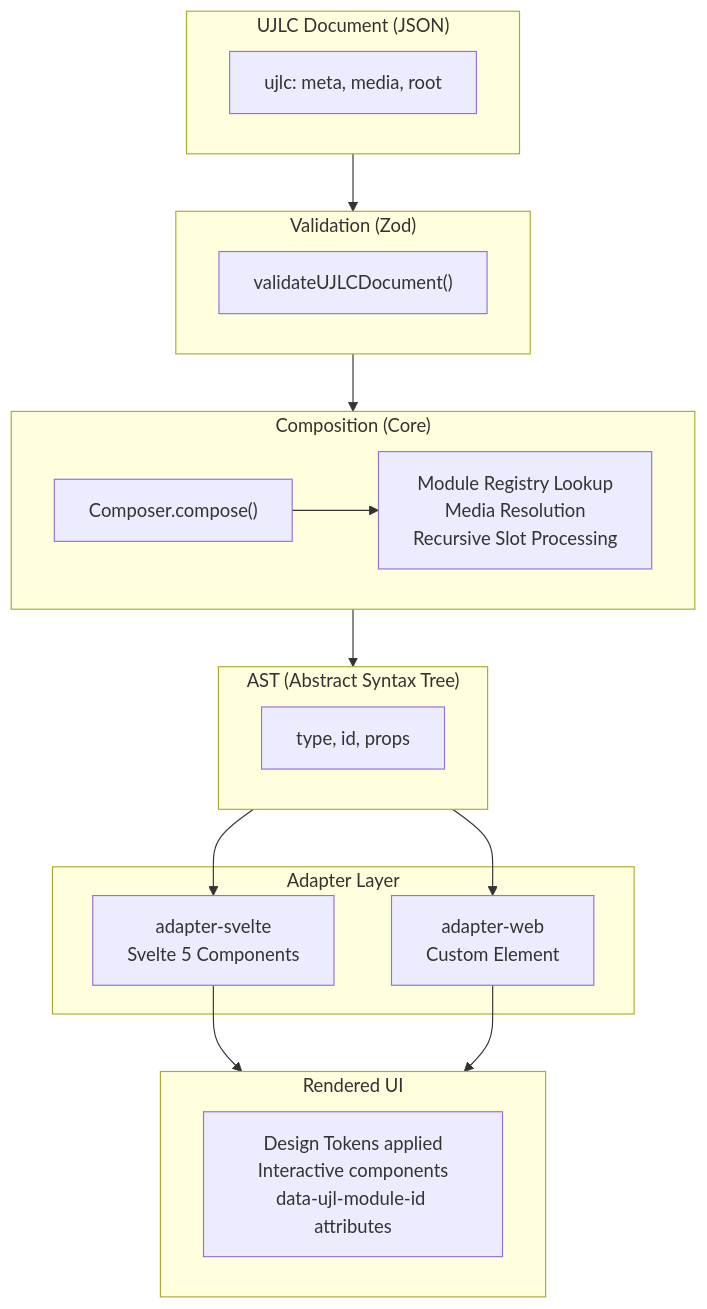
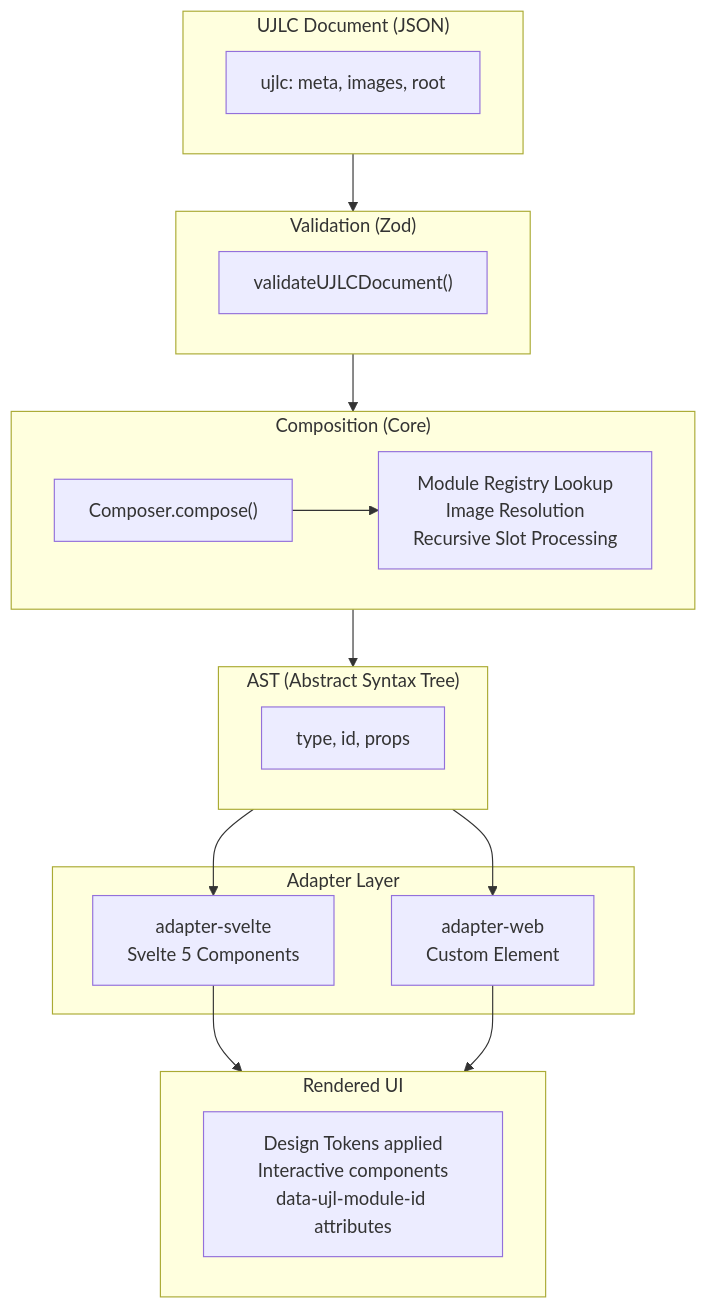
Diagram 13 of 13 in apps/docs/src/arc42/06-runtime-view.md (mainzcript/ujl), drawn with Mermaid before and after one commit. The commit also changed other lines of this file and 21 other files, not shown here.

Commit message:
refactor: update documentation to rename media terminology to image, clarify storage modes, and enhance consistency across architecture sections, including examples and API references

````diff
--- a/apps/docs/src/arc42/06-runtime-view.md
+++ b/apps/docs/src/arc42/06-runtime-view.md
@@ -1058,37 +1063,37 @@
 ```mermaid
 flowchart TD
     subgraph Input["UJLC Document (JSON)"]
-        Doc["ujlc: meta, media, root"]
+        Doc["ujlc: meta, images, root"]
     end
 
     subgraph Validation["Validation (Zod)"]
         Val["validateUJLCDocument()"]
     end
 
     subgraph Composition["Composition (Core)"]
         Comp["Composer.compose()"]
-        CompDetails["Module Registry Lookup<br/>Media Resolution<br/>Recursive Slot Processing"]
+        CompDetails["Module Registry Lookup<br/>Image Resolution<br/>Recursive Slot Processing"]
     end
 
     subgraph AST["AST (Abstract Syntax Tree)"]
         ASTNode["type, id, props"]
     end
 
     subgraph Adapters["Adapter Layer"]
         Svelte["adapter-svelte<br/>Svelte 5 Components"]
         Web["adapter-web<br/>Custom Element"]
     end
 
     subgraph Output["Rendered UI"]
         UI["Design Tokens applied<br/>Interactive components<br/>data-ujl-module-id attributes"]
     end
 
     Input --> Validation
     Validation --> Composition
     Comp --> CompDetails
     Composition --> AST
     AST --> Svelte
     AST --> Web
     Svelte --> Output
     Web --> Output
 ```
````
